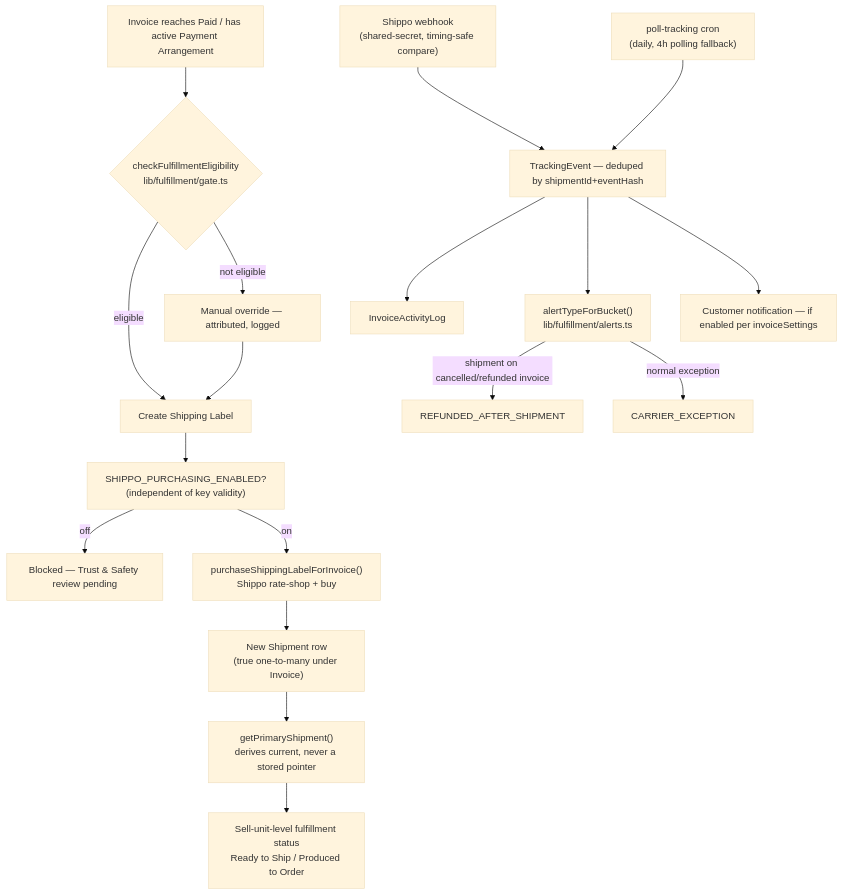
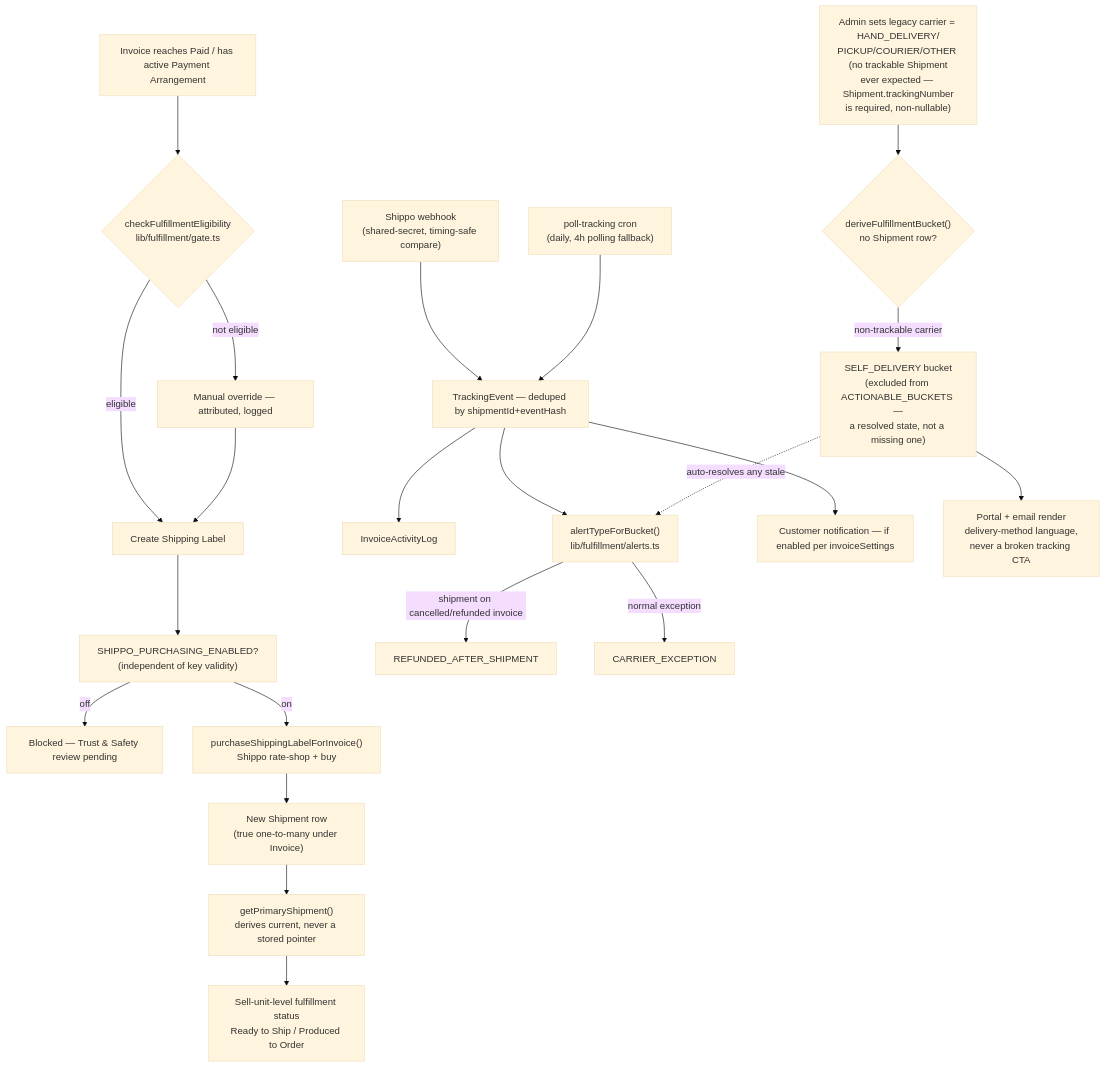
Before and after one commit to compscigrad/Pepscore-: the fourth of 10 diagrams in docs/ArchitectureDiagrams.md, drawn with Mermaid (base theme). The commit also changed other lines of this file and 2 other files, not shown here.

First line of the commit message:
Sync case study, architecture diagrams, and finance docs for the parity sprint

````diff
--- a/docs/ArchitectureDiagrams.md
+++ b/docs/ArchitectureDiagrams.md
@@ -116,20 +116,24 @@
 ```mermaid
 flowchart TD
     A[Invoice reaches Paid / has active Payment Arrangement] --> B{checkFulfillmentEligibility\nlib/fulfillment/gate.ts}
     B -->|eligible| C[Create Shipping Label]
     B -->|not eligible| D[Manual override — attributed, logged]
     D --> C
     C --> E["SHIPPO_PURCHASING_ENABLED?\n(independent of key validity)"]
     E -->|off| F[Blocked — Trust & Safety review pending]
     E -->|on| G["purchaseShippingLabelForInvoice()\nShippo rate-shop + buy"]
     G --> H["New Shipment row\n(true one-to-many under Invoice)"]
     H --> I["getPrimaryShipment()\nderives current, never a stored pointer"]
     I --> J[Sell-unit-level fulfillment status\nReady to Ship / Produced to Order]
     K["Shippo webhook\n(shared-secret, timing-safe compare)"] --> L[TrackingEvent — deduped by shipmentId+eventHash]
     M["poll-tracking cron\n(daily, 4h polling fallback)"] --> L
     L --> N[InvoiceActivityLog]
     L --> O["alertTypeForBucket()\nlib/fulfillment/alerts.ts"]
     O -->|shipment on cancelled/refunded invoice| P[REFUNDED_AFTER_SHIPMENT]
     O -->|normal exception| Q[CARRIER_EXCEPTION]
     L --> R[Customer notification — if enabled per invoiceSettings]
+    S["Admin sets legacy carrier = HAND_DELIVERY/\nPICKUP/COURIER/OTHER (no trackable Shipment\never expected — Shipment.trackingNumber\nis required, non-nullable)"] --> T{"deriveFulfillmentBucket()\nno Shipment row?"}
+    T -->|non-trackable carrier| U["SELF_DELIVERY bucket\n(excluded from ACTIONABLE_BUCKETS —\na resolved state, not a missing one)"]
+    U -.auto-resolves any stale.-> O
+    U --> V[Portal + email render\ndelivery-method language,\nnever a broken tracking CTA]
 ```
````
